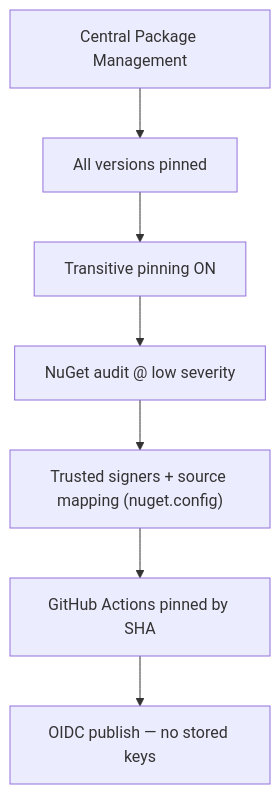
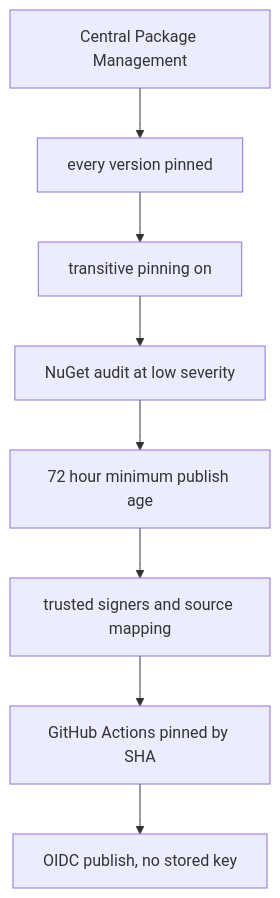
Before and after one commit to e128/dotnet-reference: the second of 3 diagrams in docs/architecture/security.md, drawn with Mermaid. The commit also changed other lines of this file and 20 other files, not shown here.

````diff
--- a/docs/architecture/security.md
+++ b/docs/architecture/security.md
@@ -65,9 +69,10 @@
 ```mermaid
 flowchart TD
-  cpm["Central Package Management"] --> pin["All versions pinned"]
-  pin --> trans["Transitive pinning ON"]
-  trans --> audit["NuGet audit @ low severity"]
-  audit --> sign["Trusted signers + source mapping (nuget.config)"]
+  cpm["Central Package Management"] --> pin["every version pinned"]
+  pin --> trans["transitive pinning on"]
+  trans --> audit["NuGet audit at low severity"]
+  audit --> age["72 hour minimum publish age"]
+  age --> sign["trusted signers and source mapping"]
   sign --> sha["GitHub Actions pinned by SHA"]
-  sha --> oidc["OIDC publish — no stored keys"]
+  sha --> oidc["OIDC publish, no stored key"]
 ```
````
